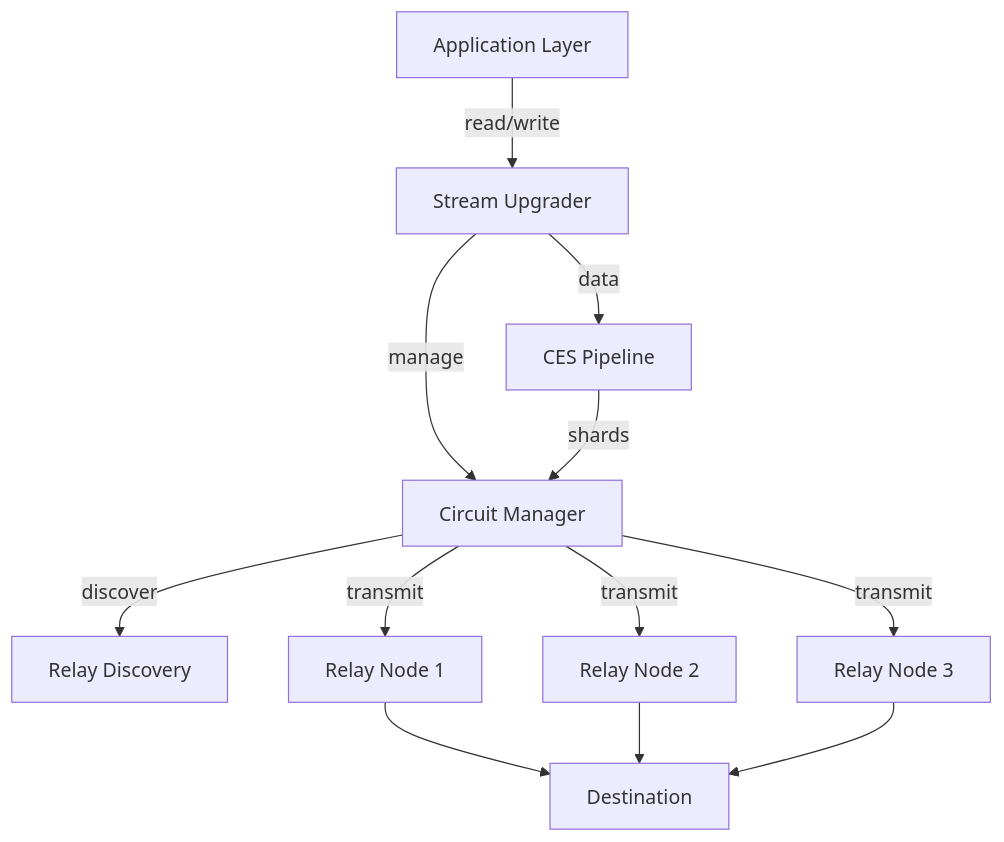
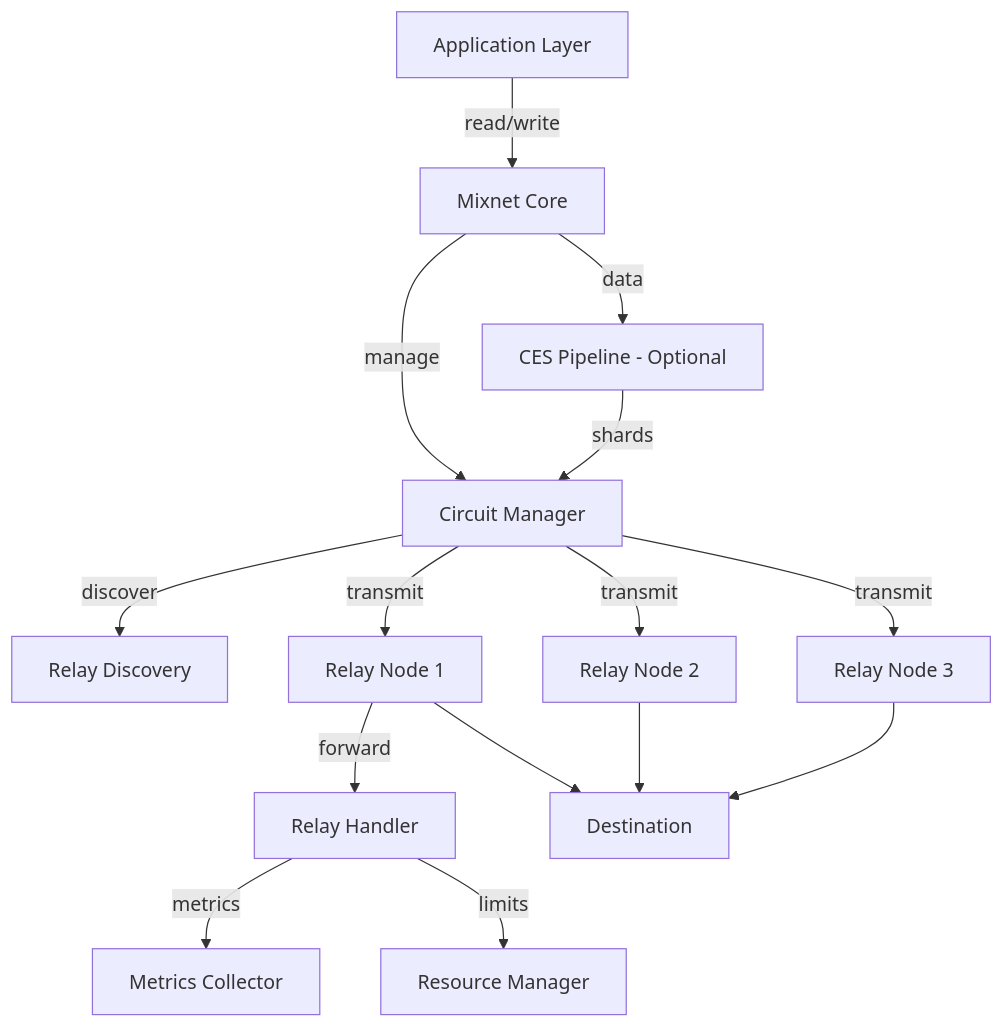
Before and after one commit to nehraa/Network: the first of 2 diagrams in mixnet/Docs/PRD/design.md, drawn with Mermaid. The commit also changed other lines of this file and 4 other files, not shown here.

````diff
--- a/mixnet/Docs/PRD/design.md
+++ b/mixnet/Docs/PRD/design.md
@@ -20,20 +25,26 @@
 ```mermaid
 graph TB
     App[Application Layer]
-    StreamUpgrader[Stream Upgrader]
+    Mixnet[Mixnet Core]
     CircuitMgr[Circuit Manager]
-    CES[CES Pipeline]
+    CES[CES Pipeline - Optional]
     RelayDiscovery[Relay Discovery]
+    RelayHandler[Relay Handler]
+    Metrics[Metrics Collector]
+    ResourceMgr[Resource Manager]
     
-    App -->|read/write| StreamUpgrader
-    StreamUpgrader -->|data| CES
-    StreamUpgrader -->|manage| CircuitMgr
+    App -->|read/write| Mixnet
+    Mixnet -->|data| CES
+    Mixnet -->|manage| CircuitMgr
     CircuitMgr -->|discover| RelayDiscovery
     CES -->|shards| CircuitMgr
     CircuitMgr -->|transmit| Relay1[Relay Node 1]
     CircuitMgr -->|transmit| Relay2[Relay Node 2]
     CircuitMgr -->|transmit| Relay3[Relay Node 3]
+    Relay1 -->|forward| RelayHandler
+    RelayHandler -->|metrics| Metrics
+    RelayHandler -->|limits| ResourceMgr
     Relay1 --> Dest[Destination]
     Relay2 --> Dest
     Relay3 --> Dest
 ```
````
